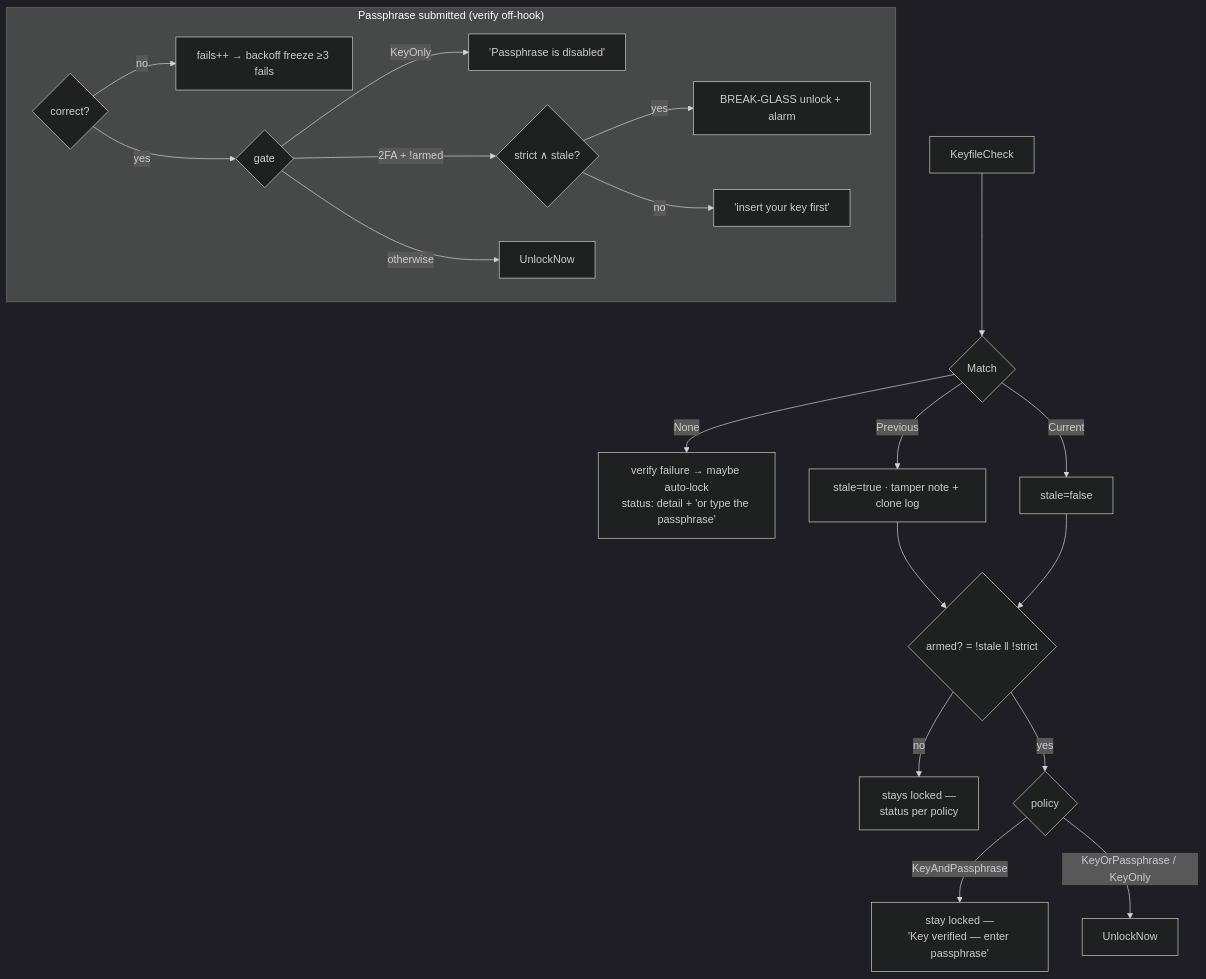
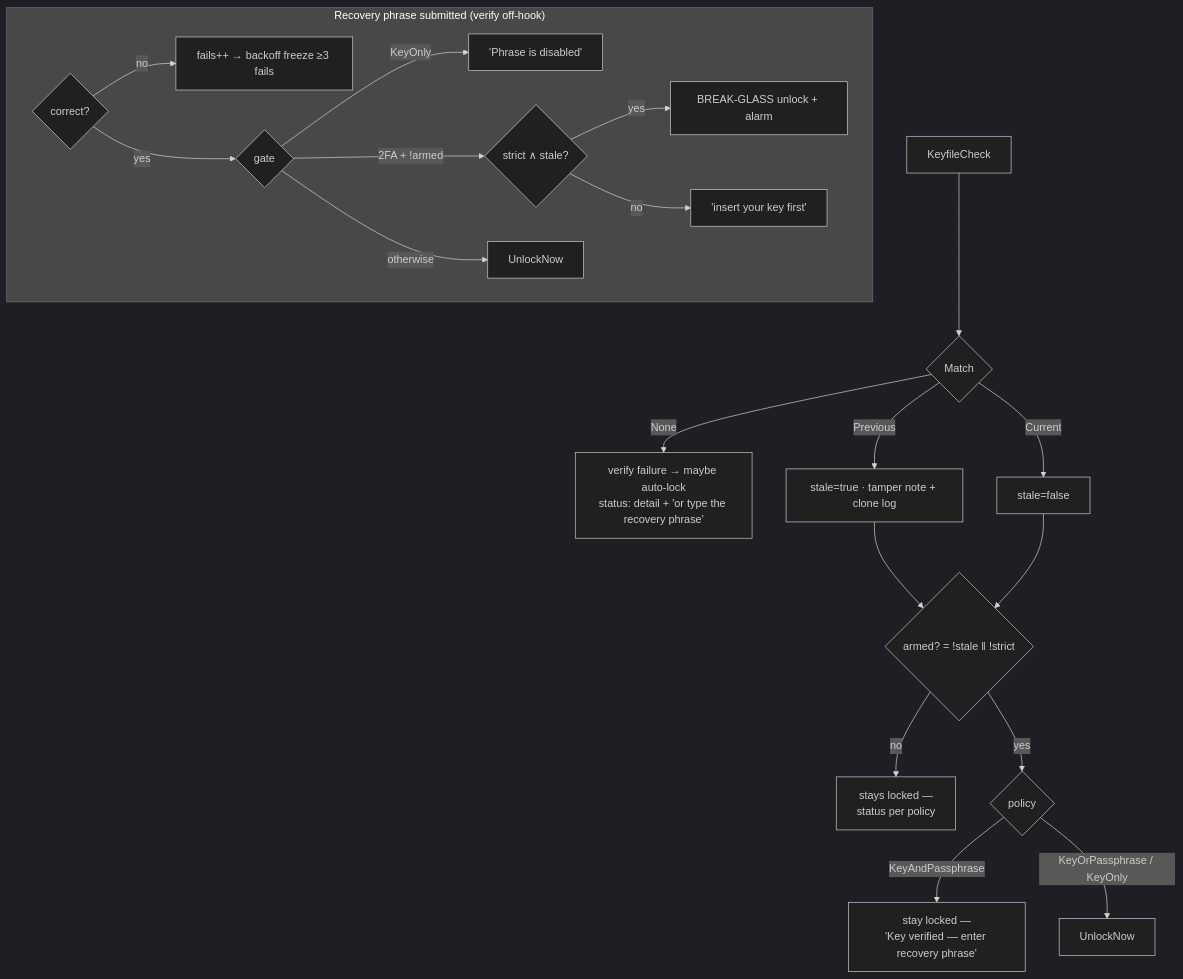
The sixth of 6 diagrams in docs/lifecycle.md (Alby2007/CryptoKey), drawn with Mermaid (dark theme) before and after one commit. The commit also changed other lines of this file and 23 other files, not shown here.

````diff
--- a/docs/lifecycle.md
+++ b/docs/lifecycle.md
@@ -185,23 +185,23 @@
 ```mermaid
 flowchart TD
     V[KeyfileCheck] --> M{Match}
-    M -->|None| F["verify failure → maybe auto-lock<br/>status: detail + 'or type the passphrase'"]
+    M -->|None| F["verify failure → maybe auto-lock<br/>status: detail + 'or type the recovery phrase'"]
     M -->|Previous| ST[stale=true · tamper note + clone log]
     M -->|Current| ST2[stale=false]
     ST --> ARM
     ST2 --> ARM
     ARM{"armed? = !stale ‖ !strict"} -->|no| S1["stays locked —<br/>status per policy"]
     ARM -->|yes| P{policy}
-    P -->|KeyAndPassphrase| A2["stay locked —<br/>'Key verified — enter passphrase'"]
+    P -->|KeyAndPassphrase| A2["stay locked —<br/>'Key verified — enter recovery phrase'"]
     P -->|KeyOrPassphrase / KeyOnly| AU["UnlockNow"]
 
-    subgraph pp["Passphrase submitted (verify off-hook)"]
+    subgraph pp["Recovery phrase submitted (verify off-hook)"]
         OK{correct?} -->|no| BACK["fails++ → backoff freeze ≥3 fails"]
         OK -->|yes| G{gate}
-        G -->|KeyOnly| D1["'Passphrase is disabled'"]
+        G -->|KeyOnly| D1["'Phrase is disabled'"]
         G -->|2FA + !armed| D2{strict ∧ stale?}
         D2 -->|yes| BG["BREAK-GLASS unlock + alarm"]
         D2 -->|no| D3["'insert your key first'"]
         G -->|otherwise| UL["UnlockNow"]
     end
 ```
````
